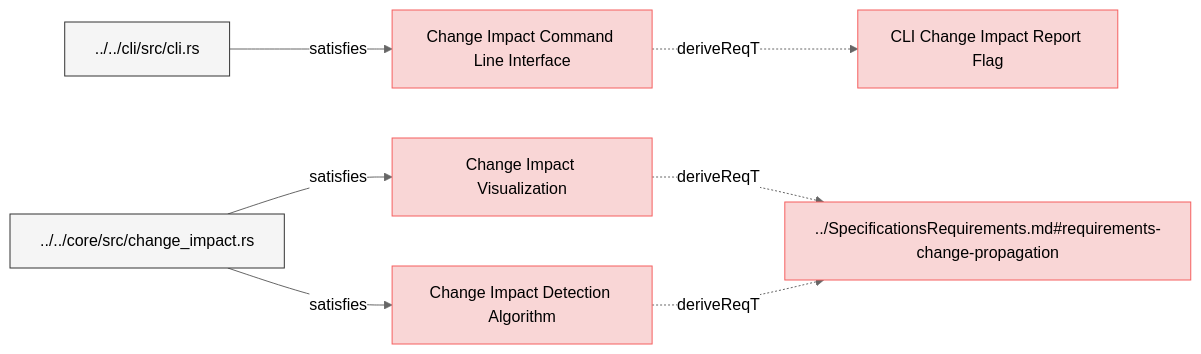
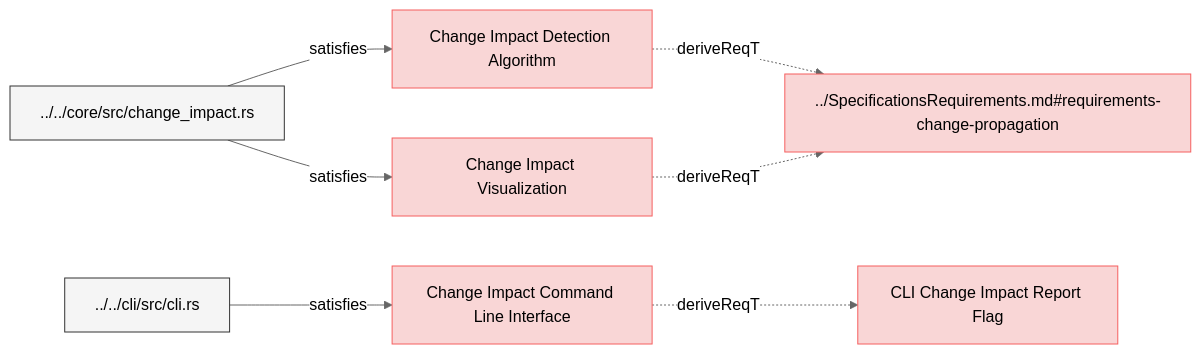
The diagram in specifications/SystemRequirements/ChangeImpactPropagation.md (reqvire-org/reqvire), drawn with Mermaid (neutral theme) before and after one commit. The commit also changed 16 other files, not shown here.

````diff
--- a/specifications/SystemRequirements/ChangeImpactPropagation.md
+++ b/specifications/SystemRequirements/ChangeImpactPropagation.md
@@ -6,36 +6,36 @@
 ```mermaid
 graph LR;
   %% Graph styling
   classDef requirement fill:#f9d6d6,stroke:#f55f5f,stroke-width:1px;
   classDef verification fill:#d6f9d6,stroke:#5fd75f,stroke-width:1px;
   classDef externalLink fill:#d0e0ff,stroke:#3080ff,stroke-width:1px;
   classDef default fill:#f5f5f5,stroke:#333333,stroke-width:1px;
 
+  d46f18156c13fc62["Change Impact Detection Algorithm"];
+  click d46f18156c13fc62 "https://github.com/Reqvire/reqvire/blob/30536324899084e88969175e3613c971ffa6e108/specifications/SystemRequirements/ChangeImpactPropagation.md#change-impact-detection-algorithm";
+  class d46f18156c13fc62 requirement;
+  d914e938be7e0abf["../SpecificationsRequirements.md#requirements-change-propagation"];
+  class d914e938be7e0abf requirement;
+  click d914e938be7e0abf "https://github.com/Reqvire/reqvire/blob/30536324899084e88969175e3613c971ffa6e108/specifications/SpecificationsRequirements.md#requirements-change-propagation";
+  d46f18156c13fc62 -.->|deriveReqT| d914e938be7e0abf;
+  76acbdfdc0fba01e["../../core/src/change_impact.rs"];
+  class 76acbdfdc0fba01e default;
+  click 76acbdfdc0fba01e "https://github.com/Reqvire/reqvire/blob/30536324899084e88969175e3613c971ffa6e108/core/src/change_impact.rs";
+  76acbdfdc0fba01e -->|satisfies| d46f18156c13fc62;
+  b5f53f632fafec7e["Change Impact Visualization"];
+  click b5f53f632fafec7e "https://github.com/Reqvire/reqvire/blob/30536324899084e88969175e3613c971ffa6e108/specifications/SystemRequirements/ChangeImpactPropagation.md#change-impact-visualization";
+  class b5f53f632fafec7e requirement;
+  b5f53f632fafec7e -.->|deriveReqT| d914e938be7e0abf;
+  76acbdfdc0fba01e -->|satisfies| b5f53f632fafec7e;
   df07168dd5bc52f5["Change Impact Command Line Interface"];
-  click df07168dd5bc52f5 "https://github.com/Reqvire/reqvire/blob/92e82ef235559b4819fd85d700024b79b452d8e3/specifications/SystemRequirements/ChangeImpactPropagation.md#change-impact-command-line-interface";
+  click df07168dd5bc52f5 "https://github.com/Reqvire/reqvire/blob/30536324899084e88969175e3613c971ffa6e108/specifications/SystemRequirements/ChangeImpactPropagation.md#change-impact-command-line-interface";
   class df07168dd5bc52f5 requirement;
   c020978403254f09["CLI Change Impact Report Flag"];
   class c020978403254f09 requirement;
-  click c020978403254f09 "https://github.com/Reqvire/reqvire/blob/92e82ef235559b4819fd85d700024b79b452d8e3/specifications/SystemRequirements/Requirements.md#cli-change-impact-report-flag";
+  click c020978403254f09 "https://github.com/Reqvire/reqvire/blob/30536324899084e88969175e3613c971ffa6e108/specifications/SystemRequirements/Requirements.md#cli-change-impact-report-flag";
   df07168dd5bc52f5 -.->|deriveReqT| c020978403254f09;
   2f21d2133dbfd205["../../cli/src/cli.rs"];
   class 2f21d2133dbfd205 default;
-  click 2f21d2133dbfd205 "https://github.com/Reqvire/reqvire/blob/92e82ef235559b4819fd85d700024b79b452d8e3/cli/src/cli.rs";
+  click 2f21d2133dbfd205 "https://github.com/Reqvire/reqvire/blob/30536324899084e88969175e3613c971ffa6e108/cli/src/cli.rs";
   2f21d2133dbfd205 -->|satisfies| df07168dd5bc52f5;
-  b5f53f632fafec7e["Change Impact Visualization"];
-  click b5f53f632fafec7e "https://github.com/Reqvire/reqvire/blob/92e82ef235559b4819fd85d700024b79b452d8e3/specifications/SystemRequirements/ChangeImpactPropagation.md#change-impact-visualization";
-  class b5f53f632fafec7e requirement;
-  d914e938be7e0abf["../SpecificationsRequirements.md#requirements-change-propagation"];
-  class d914e938be7e0abf requirement;
-  click d914e938be7e0abf "https://github.com/Reqvire/reqvire/blob/92e82ef235559b4819fd85d700024b79b452d8e3/specifications/SpecificationsRequirements.md#requirements-change-propagation";
-  b5f53f632fafec7e -.->|deriveReqT| d914e938be7e0abf;
-  76acbdfdc0fba01e["../../core/src/change_impact.rs"];
-  class 76acbdfdc0fba01e default;
-  click 76acbdfdc0fba01e "https://github.com/Reqvire/reqvire/blob/92e82ef235559b4819fd85d700024b79b452d8e3/core/src/change_impact.rs";
-  76acbdfdc0fba01e -->|satisfies| b5f53f632fafec7e;
-  d46f18156c13fc62["Change Impact Detection Algorithm"];
-  click d46f18156c13fc62 "https://github.com/Reqvire/reqvire/blob/92e82ef235559b4819fd85d700024b79b452d8e3/specifications/SystemRequirements/ChangeImpactPropagation.md#change-impact-detection-algorithm";
-  class d46f18156c13fc62 requirement;
-  d46f18156c13fc62 -.->|deriveReqT| d914e938be7e0abf;
-  76acbdfdc0fba01e -->|satisfies| d46f18156c13fc62;
 ```
````
